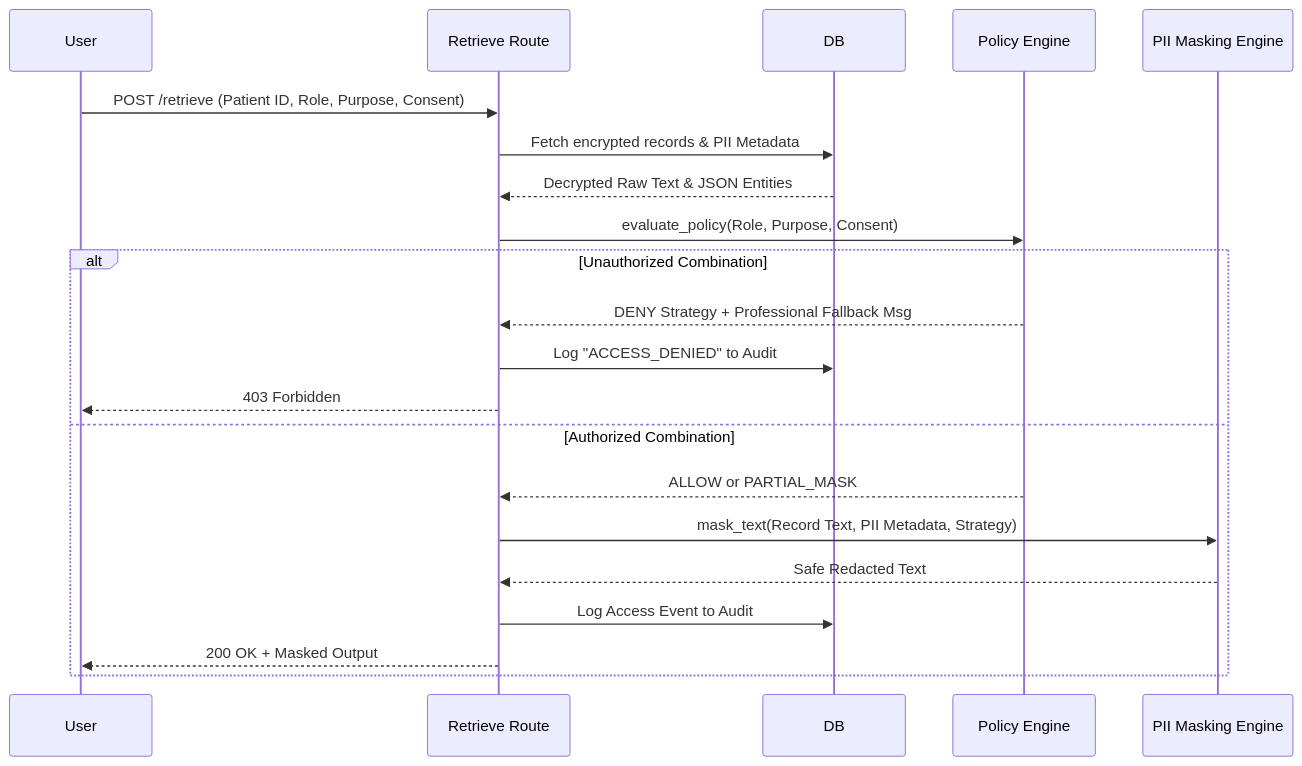
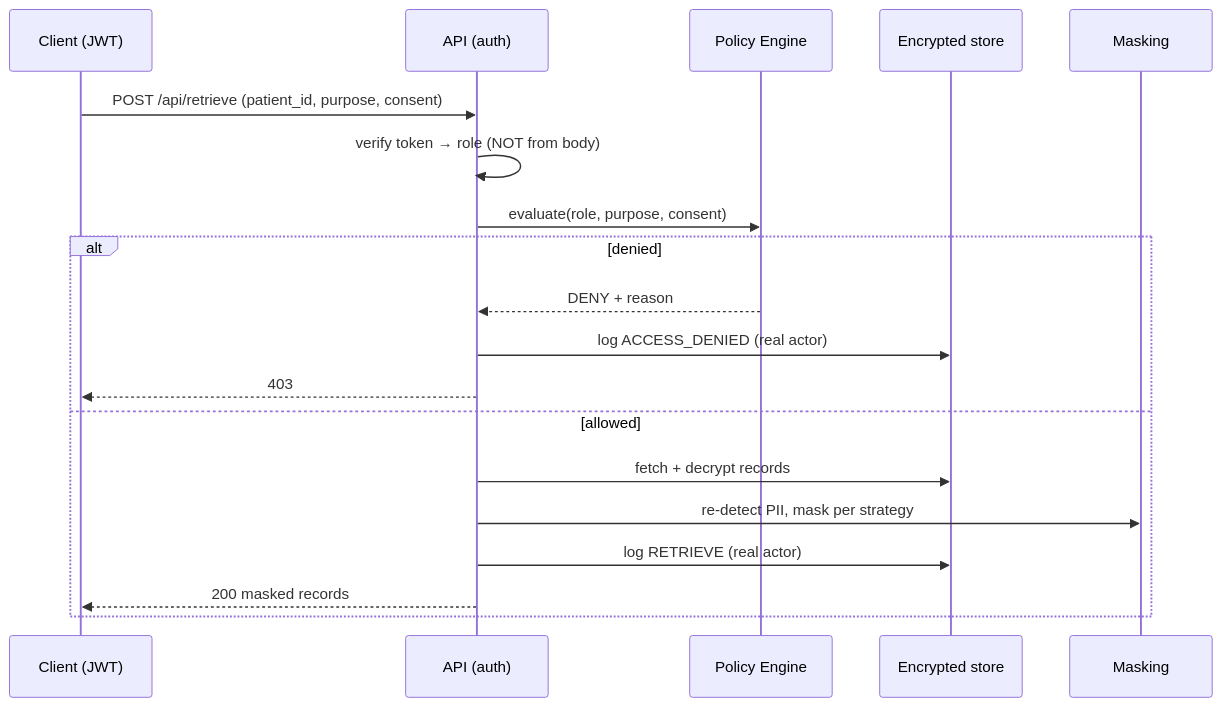
One commit to adarshcod30/MedGuardX changed the second of 2 diagrams in README.md. Above: the diagram before and after it, drawn with Mermaid. The commit also changed other lines of this file and 87 other files, not shown here.

````diff
--- a/README.md
+++ b/README.md
@@ -194,25 +98,22 @@
 ```mermaid
 sequenceDiagram
-    participant User
-    participant Retrieve Route
-    participant DB
-    participant Policy Engine
-    participant PII Masking Engine
-    
-    User->>Retrieve Route: POST /retrieve (Patient ID, Role, Purpose, Consent)
-    Retrieve Route->>DB: Fetch encrypted records & PII Metadata
-    DB-->>Retrieve Route: Decrypted Raw Text & JSON Entities
-    Retrieve Route->>Policy Engine: evaluate_policy(Role, Purpose, Consent)
-    
-    alt Unauthorized Combination
-        Policy Engine-->>Retrieve Route: DENY Strategy + Professional Fallback Msg
-        Retrieve Route->>DB: Log "ACCESS_DENIED" to Audit
-        Retrieve Route-->>User: 403 Forbidden
-    else Authorized Combination
-        Policy Engine-->>Retrieve Route: ALLOW or PARTIAL_MASK
-        Retrieve Route->>PII Masking Engine: mask_text(Record Text, PII Metadata, Strategy)
-        PII Masking Engine-->>Retrieve Route: Safe Redacted Text
-        Retrieve Route->>DB: Log Access Event to Audit
-        Retrieve Route-->>User: 200 OK + Masked Output
+    participant U as Client (JWT)
+    participant A as API (auth)
+    participant P as Policy Engine
+    participant DB as Encrypted store
+    participant M as Masking
+
+    U->>A: POST /api/retrieve (patient_id, purpose, consent)
+    A->>A: verify token → role (NOT from body)
+    A->>P: evaluate(role, purpose, consent)
+    alt denied
+      P-->>A: DENY + reason
+      A->>DB: log ACCESS_DENIED (real actor)
+      A-->>U: 403
+    else allowed
+      A->>DB: fetch + decrypt records
+      A->>M: re-detect PII, mask per strategy
+      A->>DB: log RETRIEVE (real actor)
+      A-->>U: 200 masked records
     end
 ```
````
